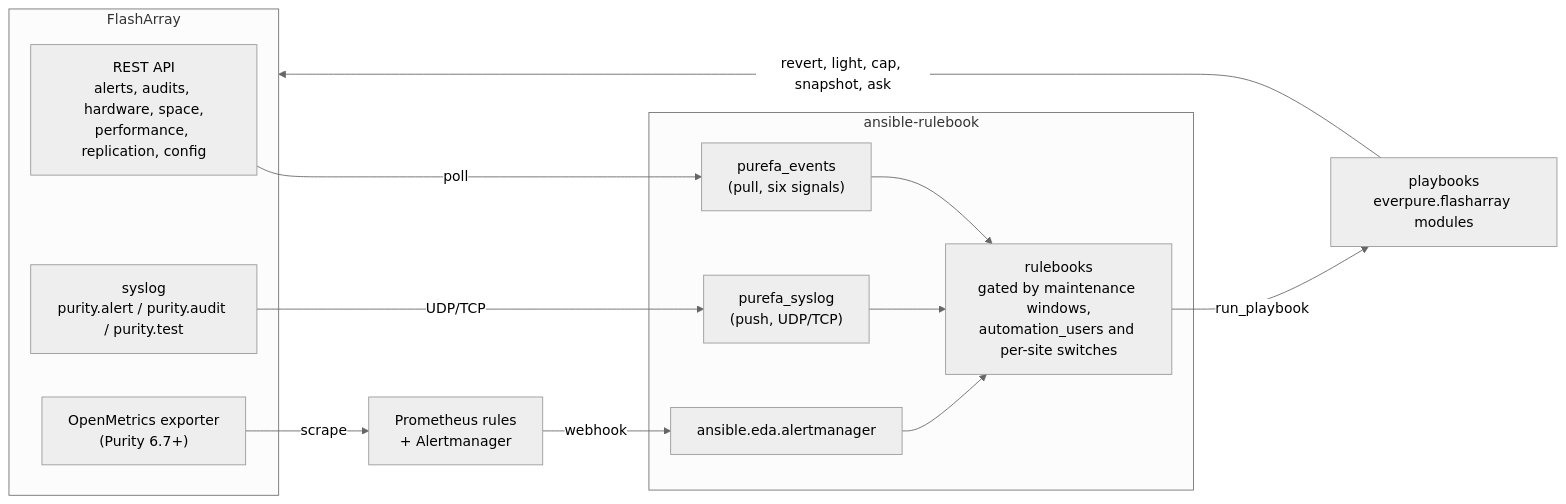
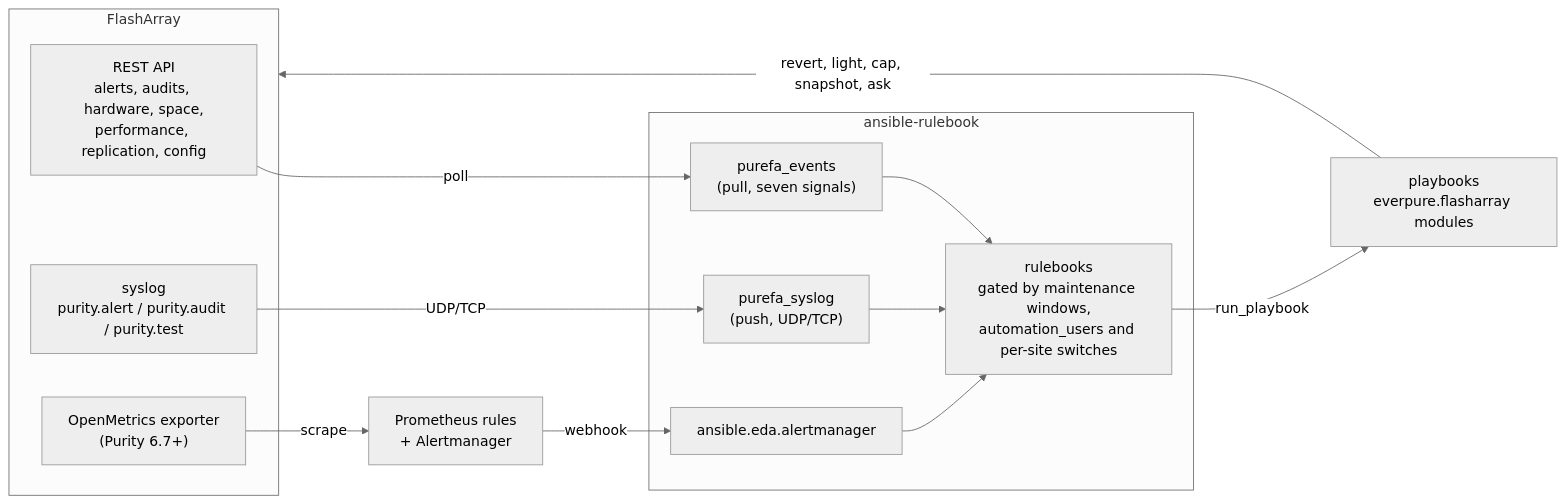
Before and after one commit to sdodsley/flasharray-eda: the diagram in README.md, drawn with Mermaid (neutral theme). The commit also changed other lines of this file and 31 other files, not shown here.

````diff
--- a/README.md
+++ b/README.md
@@ -25,20 +25,20 @@
 ```mermaid
 flowchart LR
   subgraph fa["FlashArray"]
     rest["REST API<br/>alerts, audits, hardware, space,<br/>performance, replication, config"]
     slog["syslog<br/>purity.alert / purity.audit / purity.test"]
     om["OpenMetrics exporter<br/>(Purity 6.7+)"]
   end
   subgraph rb["ansible-rulebook"]
-    events["purefa_events<br/>(pull, six signals)"]
+    events["purefa_events<br/>(pull, seven signals)"]
     pes["purefa_syslog<br/>(push, UDP/TCP)"]
     am["ansible.eda.alertmanager"]
     rules["rulebooks<br/>gated by maintenance windows,<br/>automation_users and per-site switches"]
   end
   prom["Prometheus rules<br/>+ Alertmanager"]
   pb["playbooks<br/>everpure.flasharray modules"]
   rest -->|poll| events --> rules
   slog -->|UDP/TCP| pes --> rules
   om -->|scrape| prom -->|webhook| am --> rules
   rules -->|run_playbook| pb -->|"revert, light, cap, snapshot, ask"| fa
 ```
````
